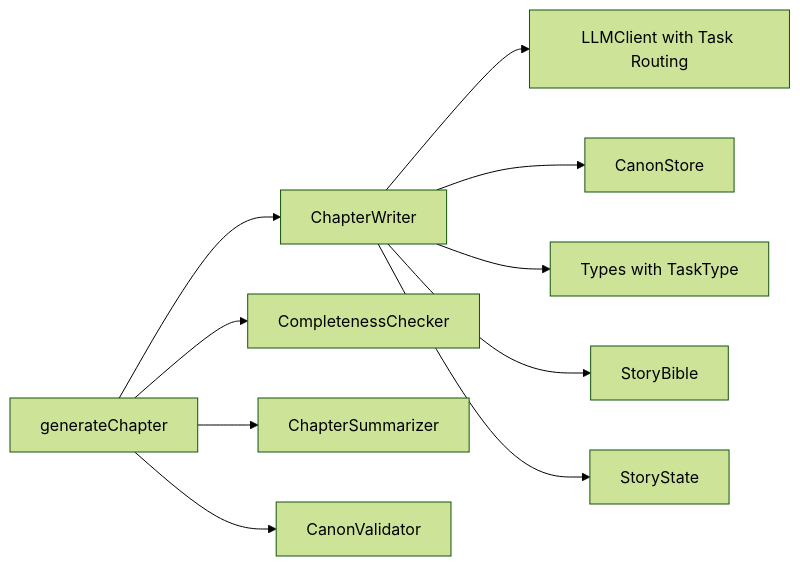
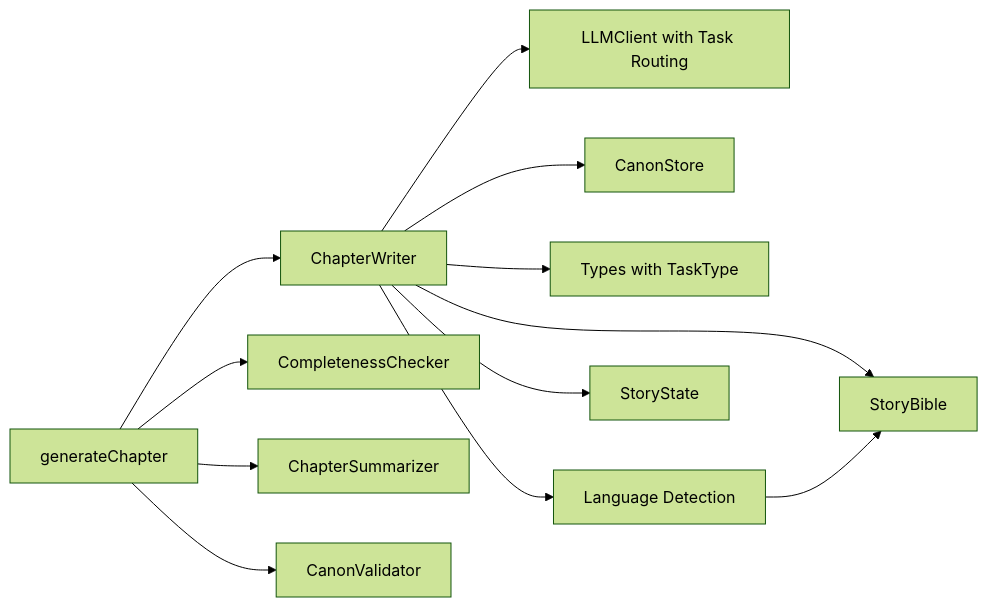
The tenth of 10 diagrams in .qoder/repowiki/en/content/AI Agent System/Writer Agent.md (liwonder/NARRITIVE_OS), drawn with Mermaid (forest theme) before and after one commit. The commit also changed other lines of this file and 10 other files, not shown here.

````diff
--- a/.qoder/repowiki/en/content/AI Agent System/Writer Agent.md
+++ b/.qoder/repowiki/en/content/AI Agent System/Writer Agent.md
@@ -456,12 +569,14 @@
 ```mermaid
 graph LR
 Writer["ChapterWriter"] --> LLM["LLMClient with Task Routing"]
 Writer --> Canon["CanonStore"]
 Writer --> Types["Types with TaskType"]
+Writer --> LangDet["Language Detection"]
 Pipeline["generateChapter"] --> Writer
 Pipeline --> Completeness["CompletenessChecker"]
 Pipeline --> Summarizer["ChapterSummarizer"]
 Pipeline --> CanonVal["CanonValidator"]
 Writer --> Bible["StoryBible"]
 Writer --> State["StoryState"]
+LangDet --> Bible
 ```
````
